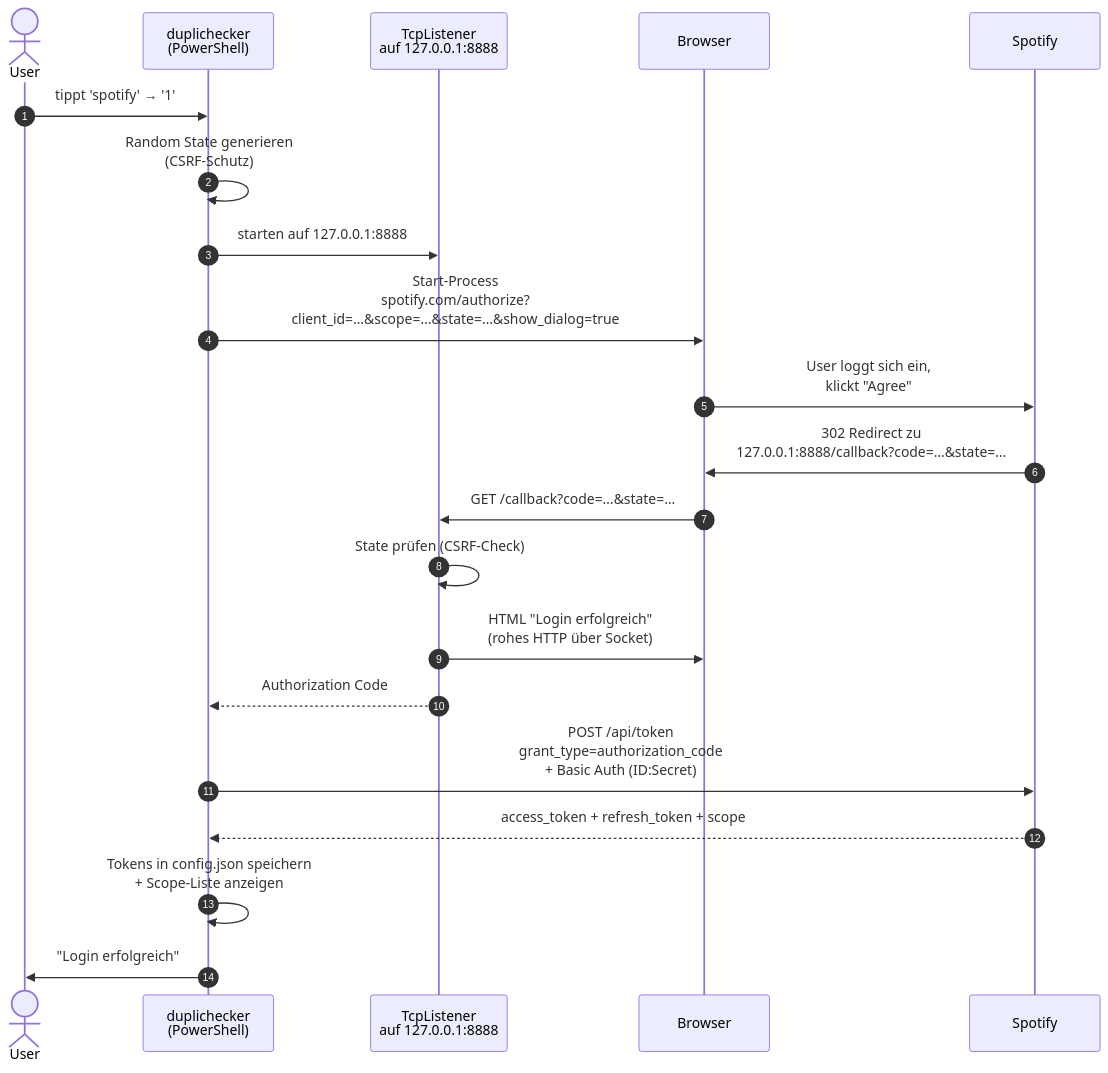
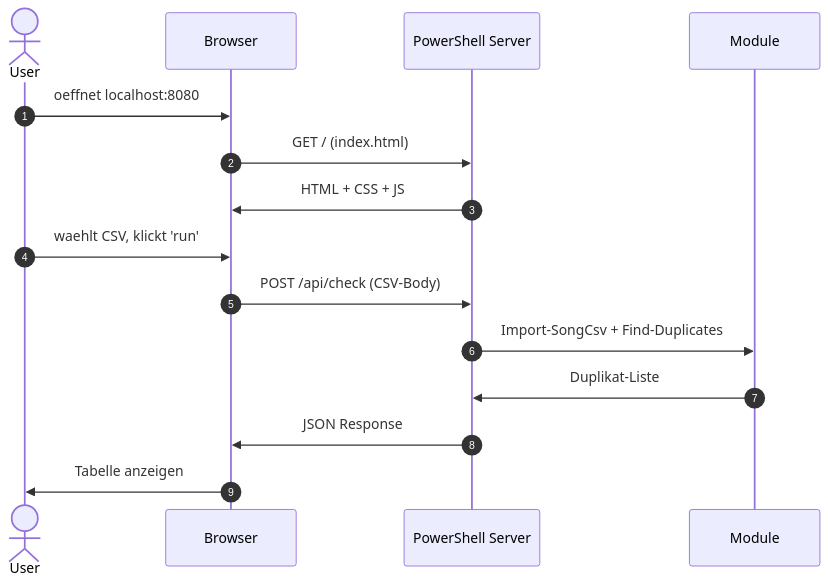
The sixth of 6 diagrams in anhang/flowchart.md (leandrosab/spotify-dup), drawn with Mermaid before and after one commit. The commit also changed other lines of this file, not shown here.

Commit message:
Fixed Flowchart V.2

````diff
--- a/anhang/flowchart.md
+++ b/anhang/flowchart.md
@@ -257,24 +150,18 @@
 ```mermaid
 sequenceDiagram
     autonumber
     actor User
-    participant CLI as duplichecker<br/>(PowerShell)
-    participant Listener as TcpListener<br/>auf 127.0.0.1:8888
     participant Browser
-    participant Spotify
+    participant Server as PowerShell Server
+    participant Mod as Module
 
-    User->>CLI: tippt 'spotify' → '1'
-    CLI->>CLI: Random State generieren<br/>(CSRF-Schutz)
-    CLI->>Listener: starten auf 127.0.0.1:8888
-    CLI->>Browser: Start-Process<br/>spotify.com/authorize?<br/>client_id=…&scope=…&state=…&show_dialog=true
-    Browser->>Spotify: User loggt sich ein,<br/>klickt "Agree"
-    Spotify->>Browser: 302 Redirect zu<br/>127.0.0.1:8888/callback?code=…&state=…
-    Browser->>Listener: GET /callback?code=…&state=…
-    Listener->>Listener: State prüfen (CSRF-Check)
-    Listener->>Browser: HTML "Login erfolgreich"<br/>(rohes HTTP über Socket)
-    Listener-->>CLI: Authorization Code
-    CLI->>Spotify: POST /api/token<br/>grant_type=authorization_code<br/>+ Basic Auth (ID:Secret)
-    Spotify-->>CLI: access_token + refresh_token + scope
-    CLI->>CLI: Tokens in config.json speichern<br/>+ Scope-Liste anzeigen
-    CLI->>User: "Login erfolgreich"
+    User->>Browser: oeffnet localhost:8080
+    Browser->>Server: GET / (index.html)
+    Server->>Browser: HTML + CSS + JS
+    User->>Browser: waehlt CSV, klickt 'run'
+    Browser->>Server: POST /api/check (CSV-Body)
+    Server->>Mod: Import-SongCsv + Find-Duplicates
+    Mod->>Server: Duplikat-Liste
+    Server->>Browser: JSON Response
+    Browser->>User: Tabelle anzeigen
 ```
````
